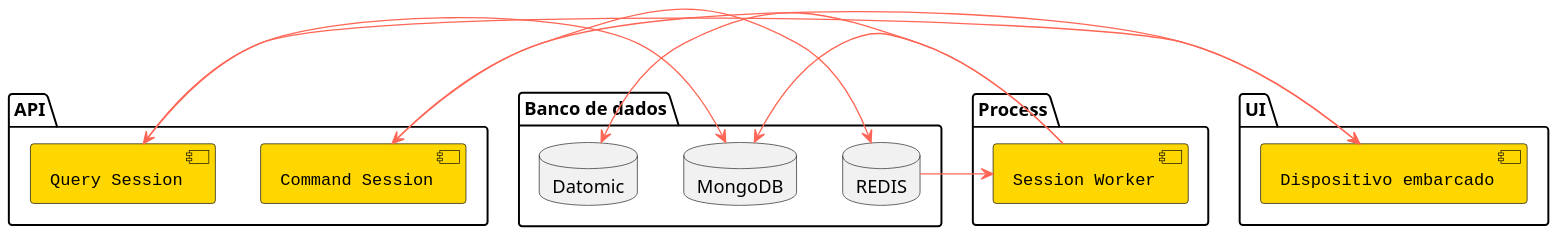
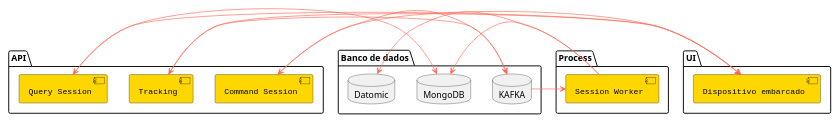
One commit to alexcvcoelho-gabrielgio/doc changed the diagram in estrutura geral.puml. Above: the diagram before and after it, drawn with PlantUML. The commit also changed 6 other files, not shown here.

```diff
--- a/estrutura geral.puml
+++ b/estrutura geral.puml
@@ -1,52 +1,54 @@
 @startuml
+scale 1024*768
 
 skinparam interface {
   backgroundColor RosyBrown
   borderColor orange
 }
 
-
-scale 1920*1080
 
 skinparam component {
   FontSize 13
   BackgroundColor<<Apache>> Red
   BorderColor<<Apache>> #FF6655
   FontName Courier
   BorderColor black
   BackgroundColor gold
   ArrowFontName Impact
   ArrowColor #FF6655
   ArrowFontColor #777777
 }
 
 package "UI" {
     [Dispositivo embarcado]
 }
 
 package "API"{
     [Command Session]
     [Query Session]
+    [Tracking]
 }
 
 package "Banco de dados"{
-    database REDIS
+    database KAFKA
     database MongoDB
     database Datomic
 }
 
 
 package "Process"{
     [Session Worker]
 }
 
-[Command Session] -right-> REDIS
+[Command Session] -right-> KAFKA
+[Tracking] -right-> KAFKA
 [Query Session] -right-> MongoDB
-REDIS -left-> [Session Worker]
+KAFKA -left-> [Session Worker]
 [Session Worker] -right-> Datomic
 [Session Worker] -right-> MongoDB
 
 [Dispositivo embarcado] <-right-> [Command Session]
 [Dispositivo embarcado] <-right-> [Query Session]
+[Dispositivo embarcado] <-right-> [Tracking]
 
 @enduml
```
